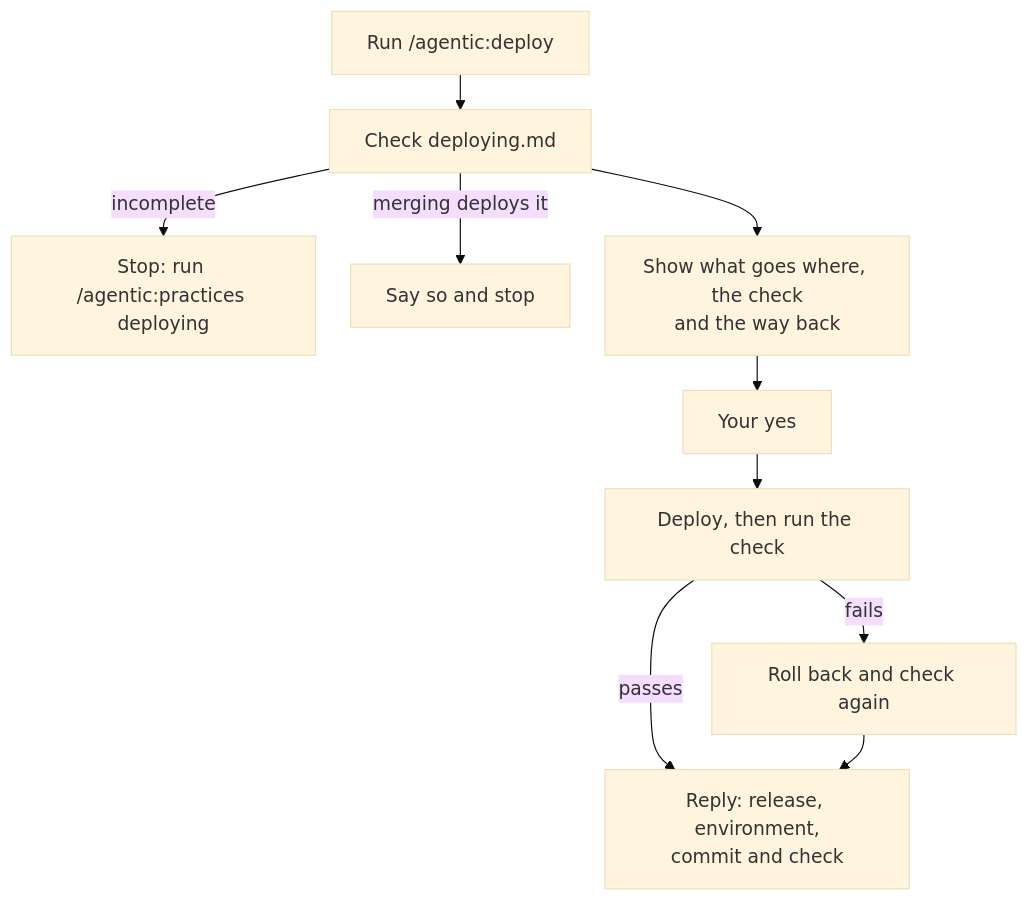
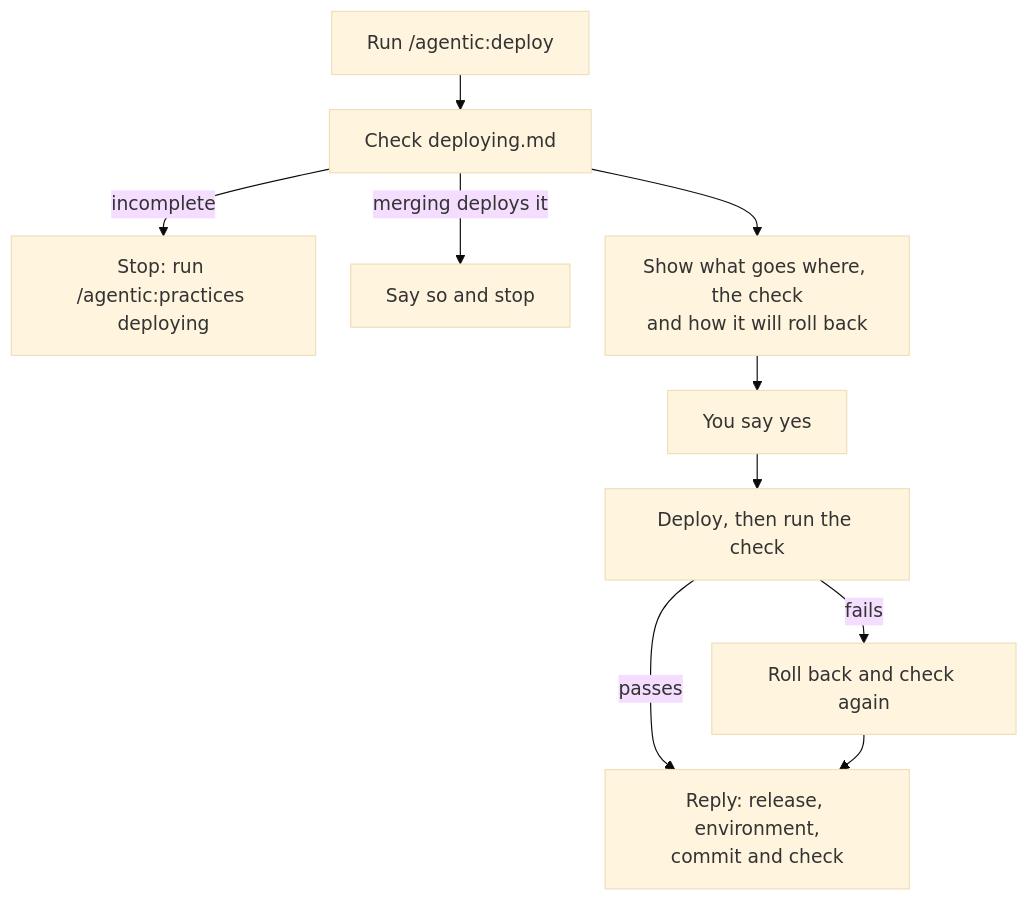
Before and after one commit to michaelmarconi/agentic-engineering: the diagram in docs/skills/deploy.md, drawn with Mermaid (base theme). The commit also changed other lines of this file, not shown here.

Commit message:
Deploy page: language check corrections

````diff
--- a/docs/skills/deploy.md
+++ b/docs/skills/deploy.md
@@ -10,13 +10,13 @@
 ```mermaid
 %%{init: {"flowchart": {"nodeSpacing": 30, "rankSpacing": 30}}}%%
 flowchart TD
     Start["Run /agentic:deploy"] --> Practice[Check deploying.md]
     Practice -->|incomplete| Stop[Stop: run /agentic:practices deploying]
     Practice -->|merging deploys it| Merged[Say so and stop]
-    Practice --> Plan[Show what goes where, the check<br/>and the way back]
-    Plan --> Yes[Your yes]
+    Practice --> Plan[Show what goes where, the check<br/>and how it will roll back]
+    Plan --> Yes[You say yes]
     Yes --> Deploy[Deploy, then run the check]
     Deploy -->|passes| Reply[Reply: release, environment,<br/>commit and check]
     Deploy -->|fails| Back[Roll back and check again]
     Back --> Reply
 ```
````
